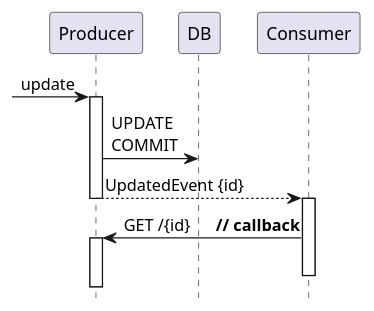
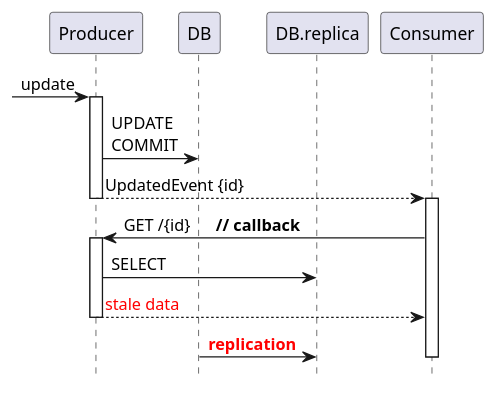
The diagram in patterns/devoxx/4_consumer_callback_race_vs_producer_replication.puml (victorrentea/kafka), drawn with PlantUML before and after one commit. The commit also changed 4 other files, not shown here.

```diff
--- a/patterns/devoxx/4_consumer_callback_race_vs_producer_replication.puml
+++ b/patterns/devoxx/4_consumer_callback_race_vs_producer_replication.puml
@@ -1,22 +1,22 @@
 @startuml
 'title Consumer Callback Race vs Produce DB Replication
 hide footbox
 participant Producer
 participant Consumer order 99
 participant DB
 
 -> Producer++:update
 Producer -> DB: UPDATE\nCOMMIT
 Consumer<--Producer--: UpdatedEvent {id}
 Consumer++
 Consumer->Producer++: GET /{id}      **// callback**
 
 '⭐uncomment below
-'Producer->DB.replica: SELECT
+Producer->DB.replica: SELECT
 
-'Consumer<--Producer--: <font color=red>stale data
-'DB -> DB.replica: **<font color=red>replication**
+Consumer<--Producer--: <font color=red>stale data
+DB -> DB.replica: **<font color=red>replication**
 
 Consumer--
 
 @enduml
```
